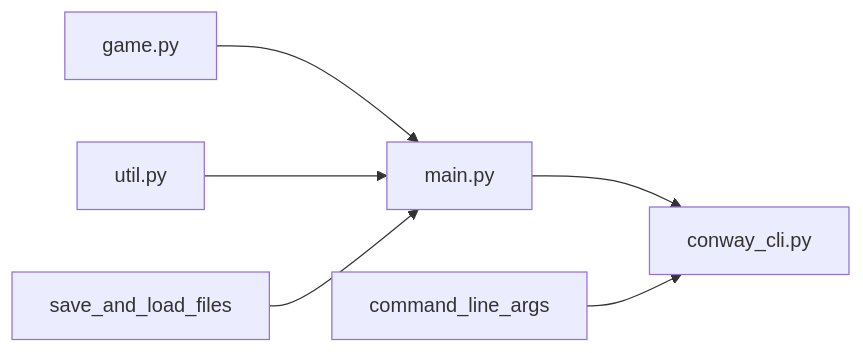
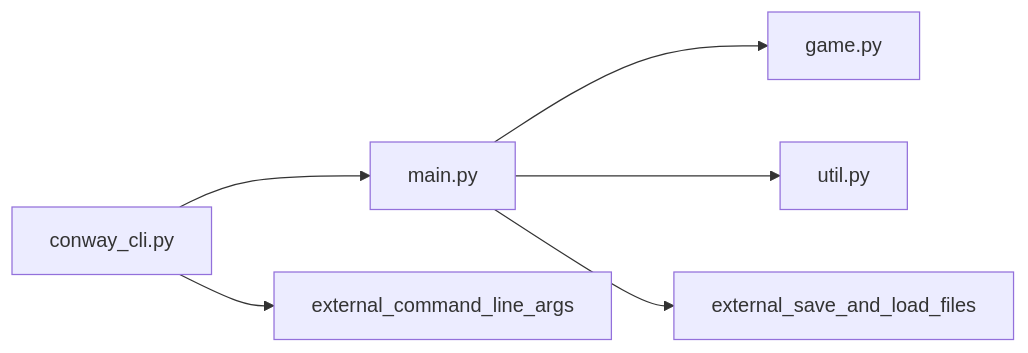
Before and after one commit to finibusactus/python-console-conway: the diagram in README.md, drawn with Mermaid. The commit also changed other lines of this file, not shown here.

````diff
--- a/README.md
+++ b/README.md
@@ -45,8 +45,8 @@
   ```mermaid
   graph LR;
-  game.py-->main.py;
-  util.py-->main.py;
-  save_and_load_files-->main.py;
-  main.py-->conway_cli.py;
-  command_line_args-->conway_cli.py
+  main.py-->game.py;
+  main.py-->util.py;
+  conway_cli.py-->main.py;
+  main.py-->external_save_and_load_files;
+  conway_cli.py-->external_command_line_args;
   ```
````
